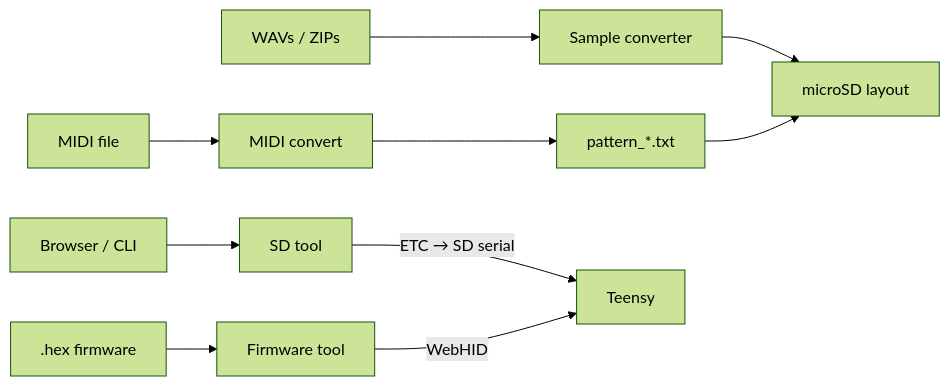
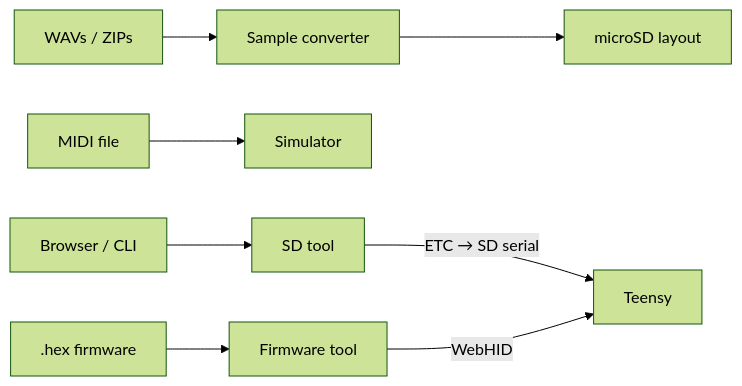
Before and after one commit to Soundpauli/toern: the diagram in devdocs/docs/tools/overview.md, drawn with Mermaid (forest theme). The commit also changed other lines of this file and 446 other files, not shown here.

````diff
--- a/devdocs/docs/tools/overview.md
+++ b/devdocs/docs/tools/overview.md
@@ -30,12 +30,10 @@
 ```mermaid
 flowchart LR
   WAV[WAVs / ZIPs] --> CONV[Sample converter]
   CONV --> SD[microSD layout]
-  MID[MIDI file] --> M2T[MIDI convert]
-  M2T --> PAT[pattern_*.txt]
-  PAT --> SD
+  MID[MIDI file] --> SIM[Simulator]
   HOST[Browser / CLI] --> SDTOOL[SD tool]
   SDTOOL -->|ETC → SD serial| TEENSY[Teensy]
   HEX[.hex firmware] --> LOADER[Firmware tool]
   LOADER -->|WebHID| TEENSY
 ```
````
